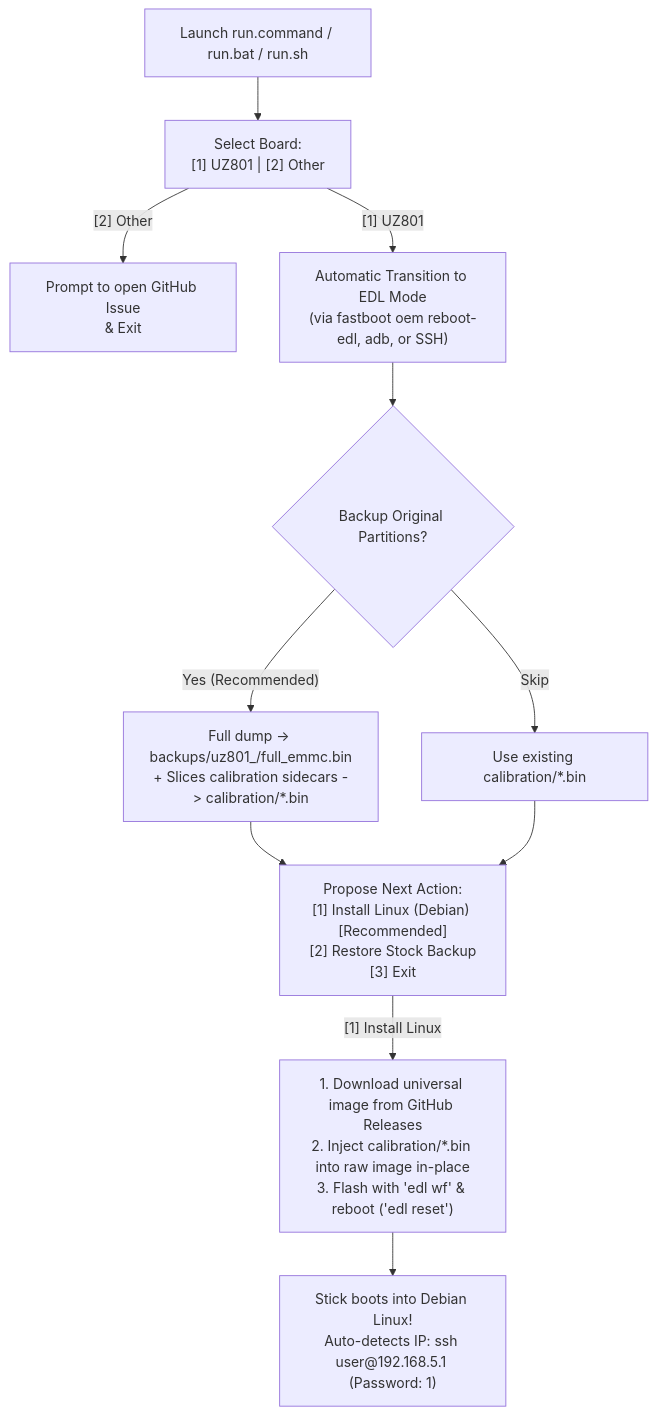
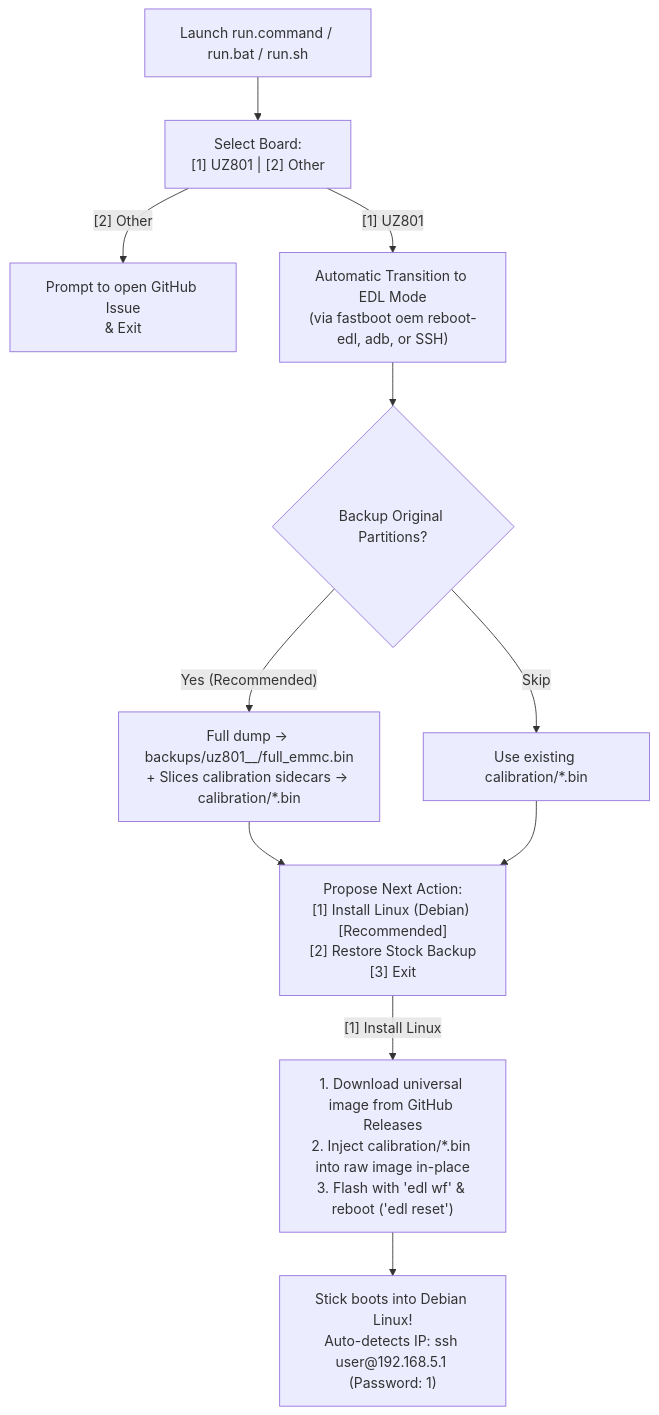
Before and after one commit to Basistiy/openstick-installer: the diagram in README.md, drawn with Mermaid. The commit also changed other lines of this file and 7 other files, not shown here.

````diff
--- a/README.md
+++ b/README.md
@@ -41,13 +41,13 @@
 ```mermaid
 flowchart TD
     A["Launch run.command / run.bat / run.sh"] --> B["Select Board:\n[1] UZ801  |  [2] Other"]
     B -->|"[2] Other"| C["Prompt to open GitHub Issue\n& Exit"]
     B -->|"[1] UZ801"| D["Automatic Transition to EDL Mode\n(via fastboot oem reboot-edl, adb, or SSH)"]
     D --> E{"Backup Original Partitions?"}
-    E -->|"Yes (Recommended)"| F["Full dump -> backups/uz801_<ts>/full_emmc.bin\n+ Slices calibration sidecars -> calibration/*.bin"]
+    E -->|"Yes (Recommended)"| F["Full dump -> backups/uz801_<ts>_<imei>/full_emmc.bin\n+ Slices calibration sidecars -> calibration/*.bin"]
     E -->|"Skip"| G["Use existing calibration/*.bin"]
     F --> H["Propose Next Action:\n[1] Install Linux (Debian) [Recommended]\n[2] Restore Stock Backup\n[3] Exit"]
     G --> H
     H -->|"[1] Install Linux"| I["1. Download universal image from GitHub Releases\n2. Inject calibration/*.bin into raw image in-place\n3. Flash with 'edl wf' & reboot ('edl reset')"]
     I --> J["Stick boots into Debian Linux!\nAuto-detects IP: ssh user@192.168.5.1 (Password: 1)"]
 ```
````
